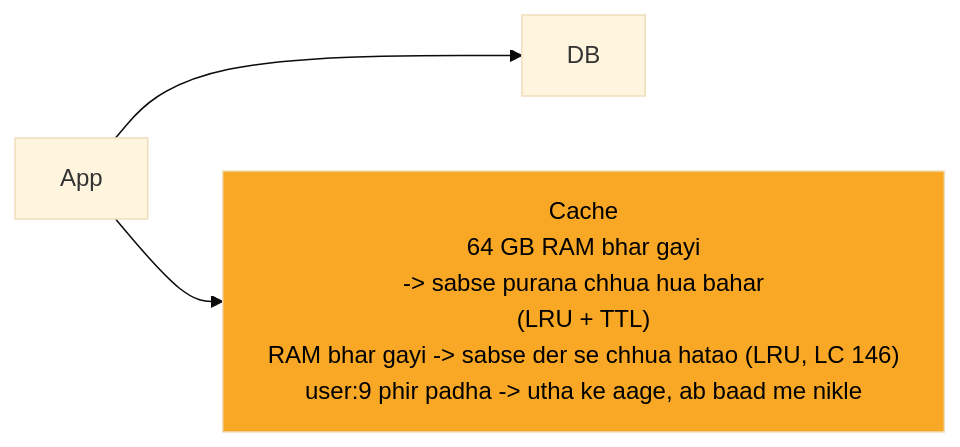
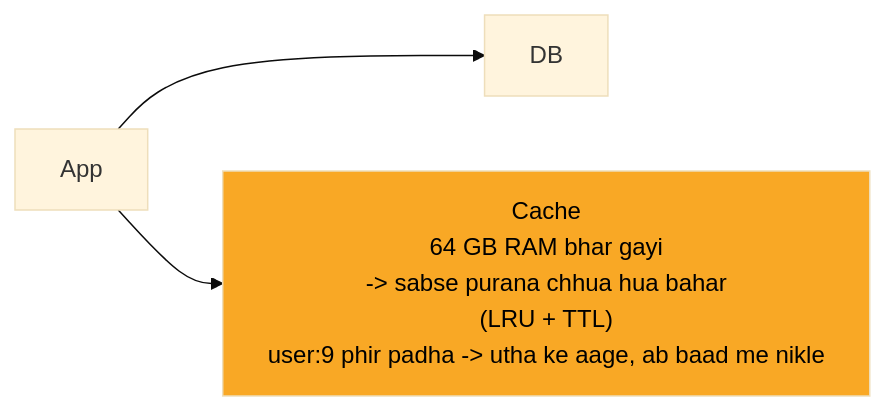
The second of 8 diagrams in 04_HLD/SYSTEM_DESIGNS/10_distributed_cache/10_distributed_cache.md (ArpanMaheshwari144/Prep), drawn with Mermaid (base theme) before and after one commit. The commit also changed other lines of this file and 13 other files, not shown here.

````diff
--- a/04_HLD/SYSTEM_DESIGNS/10_distributed_cache/10_distributed_cache.md
+++ b/04_HLD/SYSTEM_DESIGNS/10_distributed_cache/10_distributed_cache.md
@@ -106,10 +106,10 @@
 ```mermaid
 %%{init: {"flowchart": {"wrappingWidth": 450}}}%%
 flowchart LR
     n_App["App"]
     n_DB["DB"]
-    n_Cache["Cache<br/>64 GB RAM bhar gayi<br/>-> sabse purana chhua hua bahar<br/>(LRU + TTL)<br/>RAM bhar gayi -> sabse der se chhua hatao (LRU, LC 146)<br/>user:9 phir padha -> utha ke aage, ab baad me nikle"]
+    n_Cache["Cache<br/>64 GB RAM bhar gayi<br/>-> sabse purana chhua hua bahar<br/>(LRU + TTL)<br/>user:9 phir padha -> utha ke aage, ab baad me nikle"]
     n_App --> n_DB
     n_App --> n_Cache
     style n_Cache fill:#f9a825,color:#000
 ```
````
